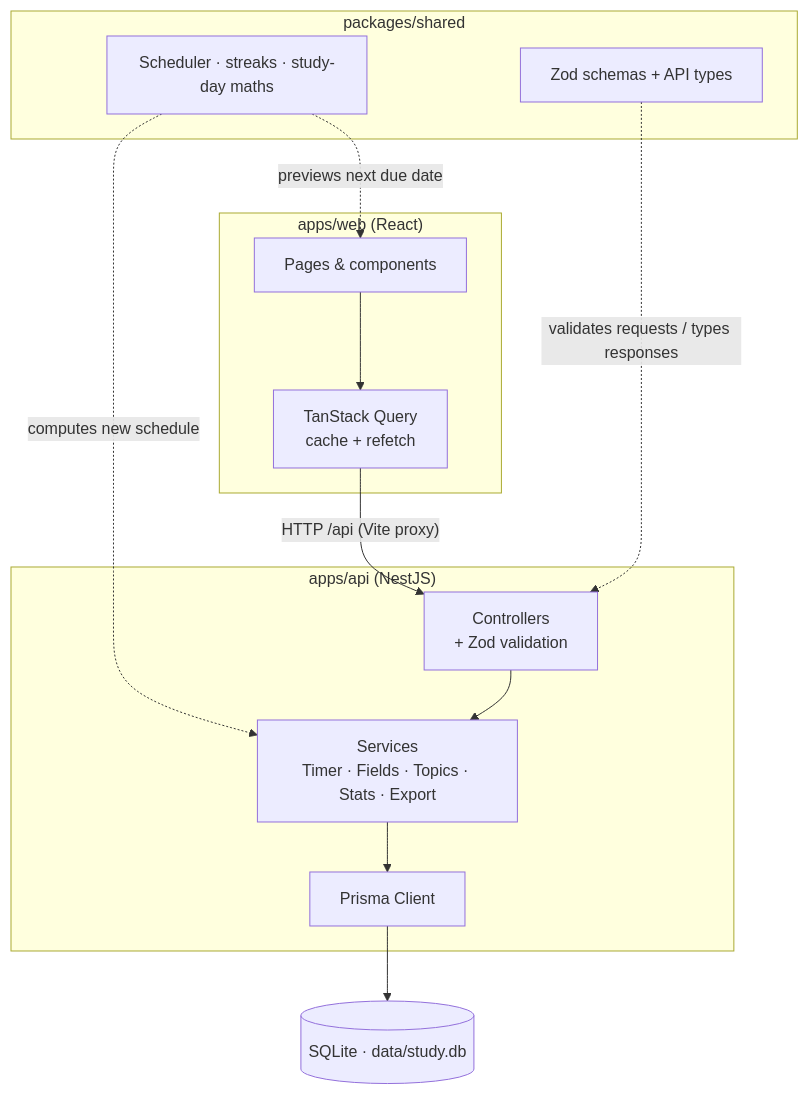
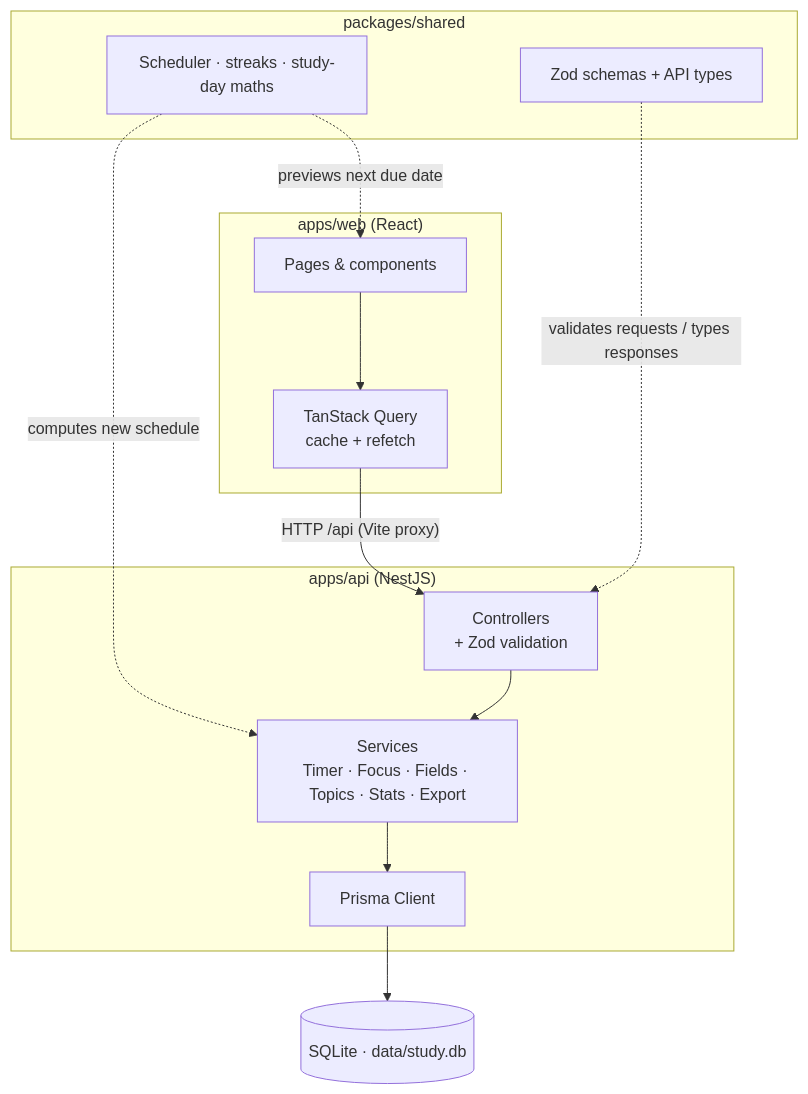
One commit to Ishwaridutt/LearnLog changed the first of 2 diagrams in README.md. Above: the diagram before and after it, drawn with Mermaid. The commit also changed other lines of this file and 34 other files, not shown here.

````diff
--- a/README.md
+++ b/README.md
@@ -58,23 +60,23 @@
 ```mermaid
 flowchart TB
   subgraph WEB["apps/web (React)"]
     UI["Pages & components"] --> RQ["TanStack Query<br/>cache + refetch"]
   end
 
   subgraph API["apps/api (NestJS)"]
-    CTRL["Controllers<br/>+ Zod validation"] --> SVC["Services<br/>Timer · Fields · Topics · Stats · Export"] --> ORM["Prisma Client"]
+    CTRL["Controllers<br/>+ Zod validation"] --> SVC["Services<br/>Timer · Focus · Fields · Topics · Stats · Export"] --> ORM["Prisma Client"]
   end
 
   DB[("SQLite · data/study.db")]
 
   subgraph SHARED["packages/shared"]
     SCH["Scheduler · streaks · study-day maths"]
     ZOD["Zod schemas + API types"]
   end
 
   RQ -->|"HTTP /api (Vite proxy)"| CTRL
   ORM --> DB
   SCH -.->|"previews next due date"| UI
   SCH -.->|"computes new schedule"| SVC
   ZOD -.->|"validates requests / types responses"| CTRL
 ```
````
